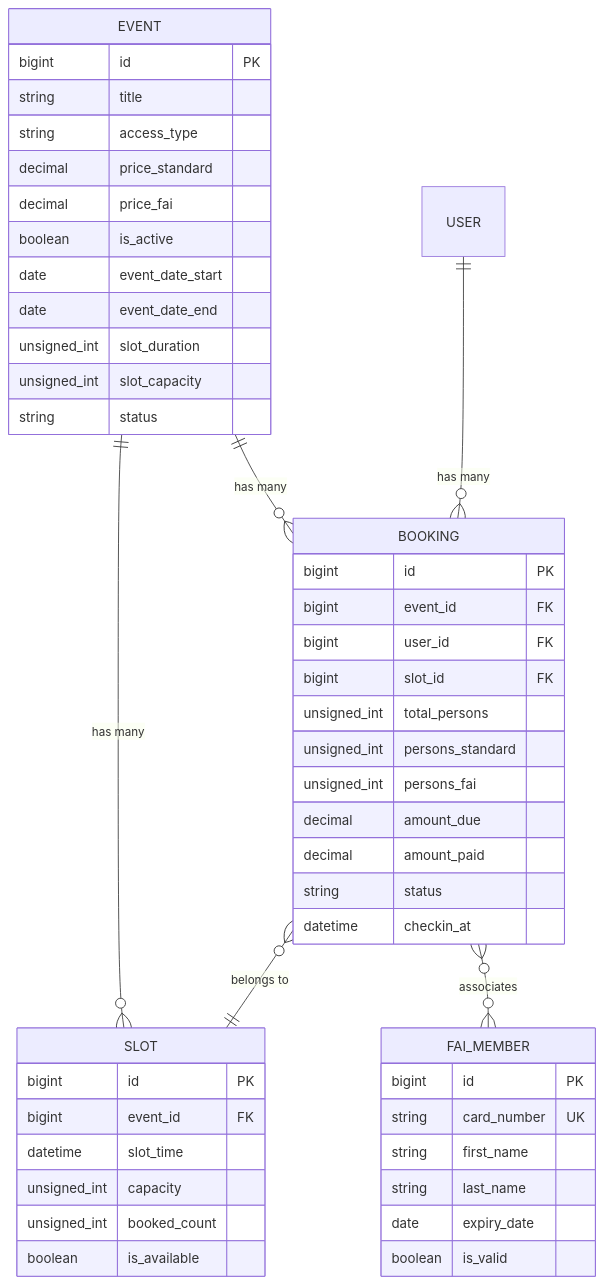
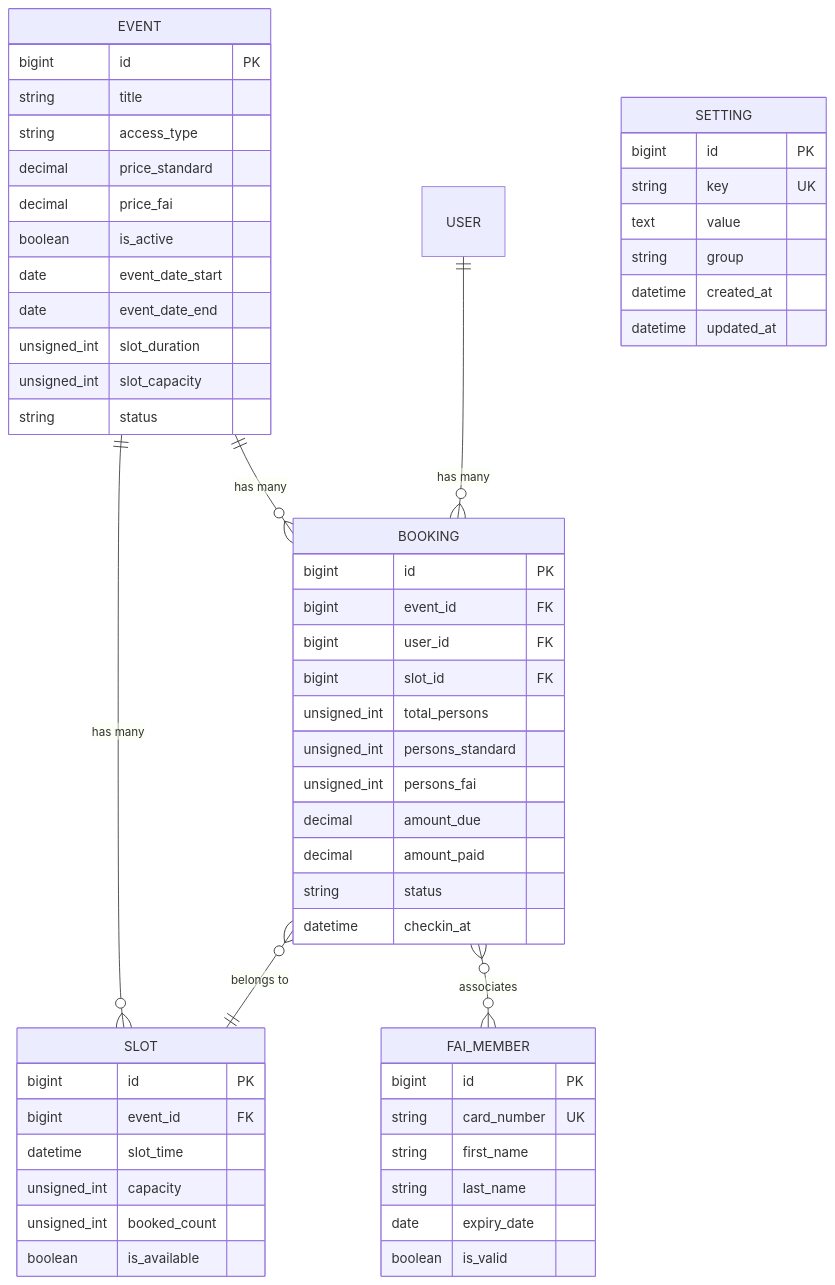
One commit to alexvezz87/dfn-laravel changed the diagram in wiki/Architettura-e-Database.md. Above: the diagram before and after it, drawn with Mermaid. The commit also changed other lines of this file and 12 other files, not shown here.

````diff
--- a/wiki/Architettura-e-Database.md
+++ b/wiki/Architettura-e-Database.md
@@ -9,54 +9,63 @@
 ```mermaid
 erDiagram
     EVENT ||--o{ SLOT : "has many"
     EVENT ||--o{ BOOKING : "has many"
     USER ||--o{ BOOKING : "has many"
     BOOKING }o--|| SLOT : "belongs to"
     BOOKING }o--o{ FAI_MEMBER : "associates"
 
     EVENT {
         bigint id PK
         string title
         string access_type
         decimal price_standard
         decimal price_fai
         boolean is_active
         date event_date_start
         date event_date_end
         unsigned_int slot_duration
         unsigned_int slot_capacity
         string status
     }
 
     SLOT {
         bigint id PK
         bigint event_id FK
         datetime slot_time
         unsigned_int capacity
         unsigned_int booked_count
         boolean is_available
     }
 
     BOOKING {
         bigint id PK
         bigint event_id FK
         bigint user_id FK
         bigint slot_id FK
         unsigned_int total_persons
         unsigned_int persons_standard
         unsigned_int persons_fai
         decimal amount_due
         decimal amount_paid
         string status
         datetime checkin_at
     }
 
     FAI_MEMBER {
         bigint id PK
         string card_number UK
         string first_name
         string last_name
         date expiry_date
         boolean is_valid
     }
+
+    SETTING {
+        bigint id PK
+        string key UK
+        text value
+        string group
+        datetime created_at
+        datetime updated_at
+    }
 ```
````
